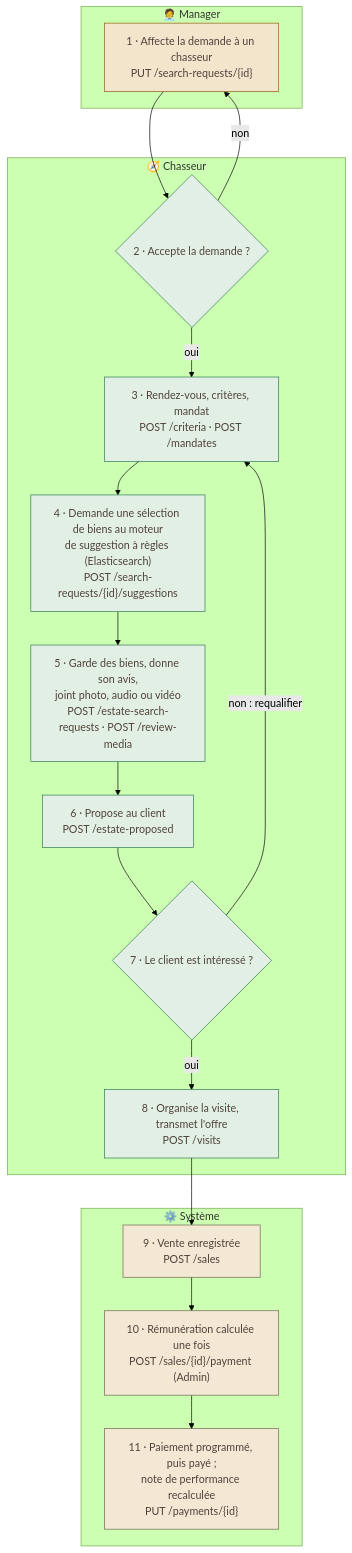
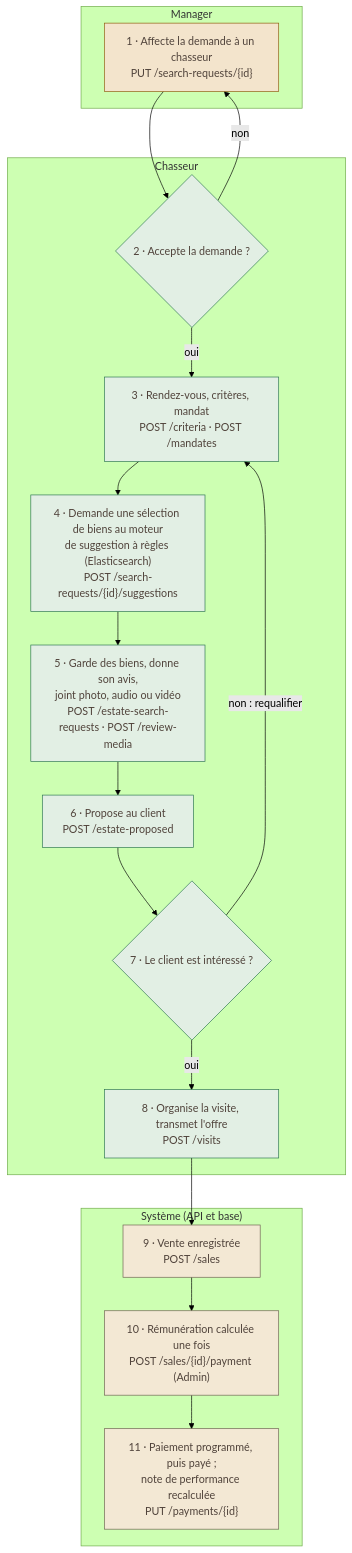
One commit to GaSeBeLa/Fil-Rouge changed the second of 2 diagrams in livrables/4-application/processus-metier.md. Above: the diagram before and after it, drawn with Mermaid (forest theme). The commit also changed other lines of this file and 2 other files, not shown here.

````diff
--- a/livrables/4-application/processus-metier.md
+++ b/livrables/4-application/processus-metier.md
@@ -67,33 +67,33 @@
 ```mermaid
 flowchart TB
-    subgraph MAN2["🧑‍💼 Manager"]
+    subgraph MAN2["Manager"]
         A1["1 · Affecte la demande à un chasseur<br/>PUT /search-requests/{id}"]
     end
-    subgraph CHA2["🧭 Chasseur"]
+    subgraph CHA2["Chasseur"]
         A2{"2 · Accepte la demande ?"}
         A3["3 · Rendez-vous, critères, mandat<br/>POST /criteria · POST /mandates"]
         A4["4 · Demande une sélection de biens au moteur<br/>de suggestion à règles (Elasticsearch)<br/>POST /search-requests/{id}/suggestions"]
         A5["5 · Garde des biens, donne son avis,<br/>joint photo, audio ou vidéo<br/>POST /estate-search-requests · POST /review-media"]
         A6["6 · Propose au client<br/>POST /estate-proposed"]
         A7{"7 · Le client est intéressé ?"}
         A8["8 · Organise la visite, transmet l'offre<br/>POST /visits"]
     end
-    subgraph SYS2["⚙️ Système"]
+    subgraph SYS2["Système (API et base)"]
         B2["9 · Vente enregistrée<br/>POST /sales"]
         B3["10 · Rémunération calculée une fois<br/>POST /sales/{id}/payment (Admin)"]
         B4["11 · Paiement programmé, puis payé ;<br/>note de performance recalculée<br/>PUT /payments/{id}"]
     end
 
     A1 --> A2
     A2 -->|"non"| A1
     A2 -->|"oui"| A3 --> A4 --> A5 --> A6 --> A7
     A7 -->|"non : requalifier"| A3
     A7 -->|"oui"| A8 --> B2 --> B3 --> B4
 
     classDef man fill:#f3e4cc,stroke:#8f5a0f,color:#50433b
     classDef cha fill:#e2efe4,stroke:#2d7551,color:#50433b
     classDef sys fill:#f3e8d4,stroke:#6e6151,color:#50433b
     class A1 man
     class A2,A3,A4,A5,A6,A7,A8 cha
     class B2,B3,B4 sys
 ```
````
